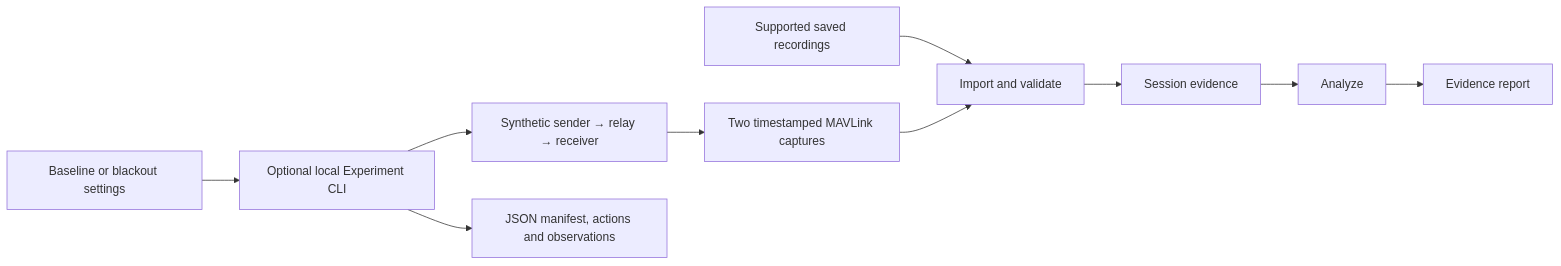
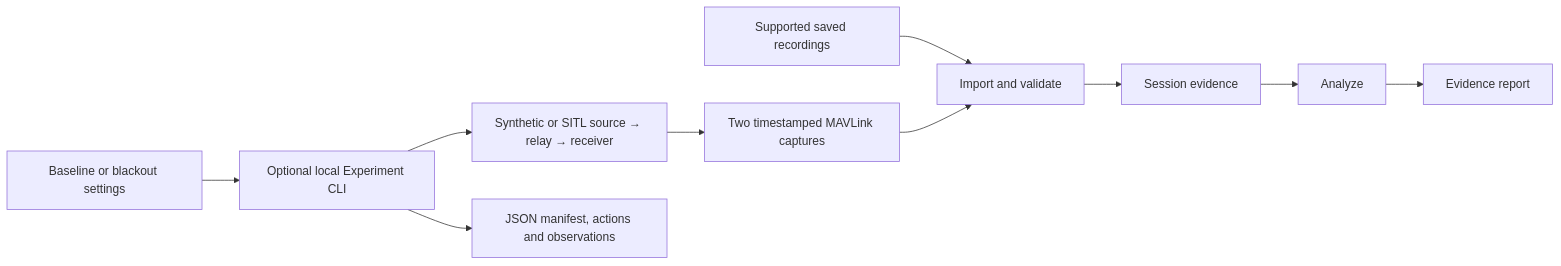
One commit to victormonnot/UAV-Debugger changed the diagram in docs/architecture.md. Above: the diagram before and after it, drawn with Mermaid. The commit also changed other lines of this file and 13 other files, not shown here.

````diff
--- a/docs/architecture.md
+++ b/docs/architecture.md
@@ -13,12 +13,12 @@
 ```mermaid
 flowchart LR
     files["Supported saved recordings"] --> import["Import and validate"]
     import --> session["Session evidence"]
     session --> analyze["Analyze"]
     analyze --> report["Evidence report"]
     scenario["Baseline or blackout settings"] --> runner["Optional local Experiment CLI"]
-    runner --> path["Synthetic sender → relay → receiver"]
+    runner --> path["Synthetic or SITL source → relay → receiver"]
     path --> captures["Two timestamped MAVLink captures"]
     captures --> import
     runner --> trace["JSON manifest, actions and observations"]
 ```
````
